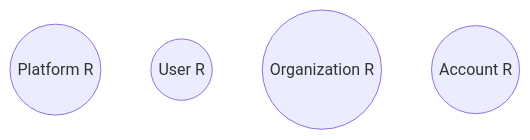
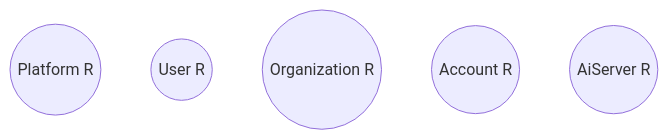
Before and after one commit to alkem-io/server: diagram 12 of 12 in docs/authorization-forest.md, drawn with Mermaid. The commit also changed other lines of this file and 1 other file, not shown here.

````diff
--- a/docs/authorization-forest.md
+++ b/docs/authorization-forest.md
@@ -169,7 +221,8 @@
 ```mermaid
 graph TD
 	Platform((Platform R))
 	UserRoot((User R))
 	OrganizationRoot((Organization R))
 	AccountRoot((Account R))
+	AiServerRoot((AiServer R))
 ```
````
